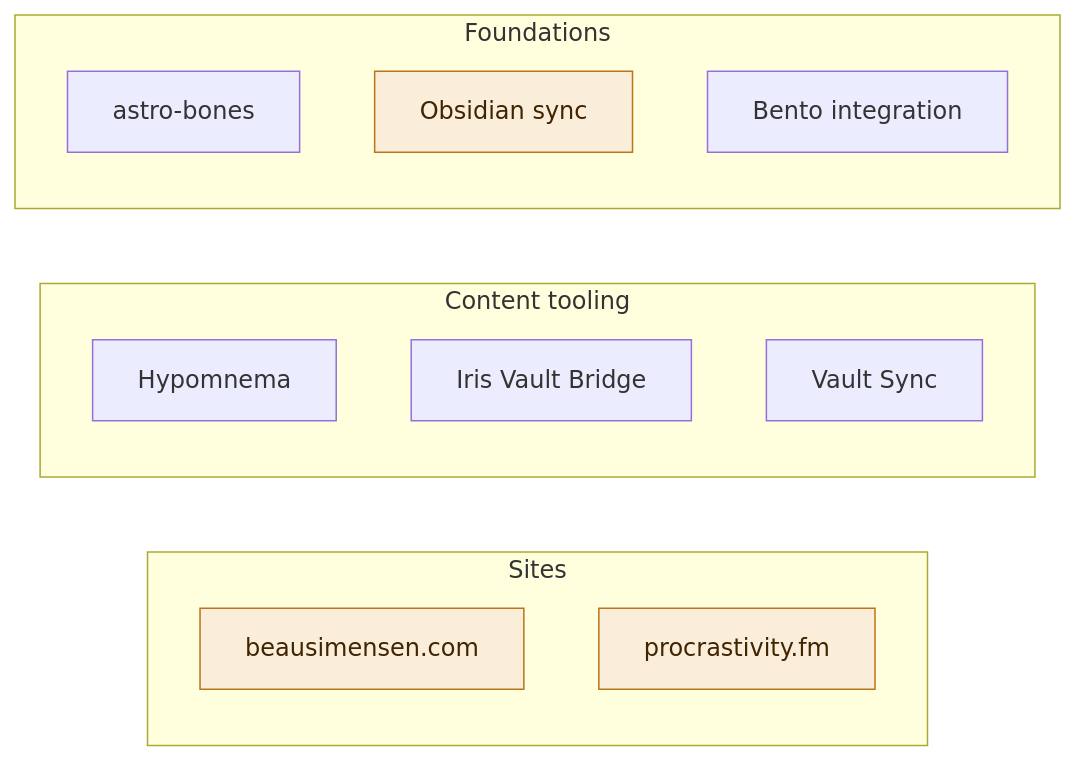
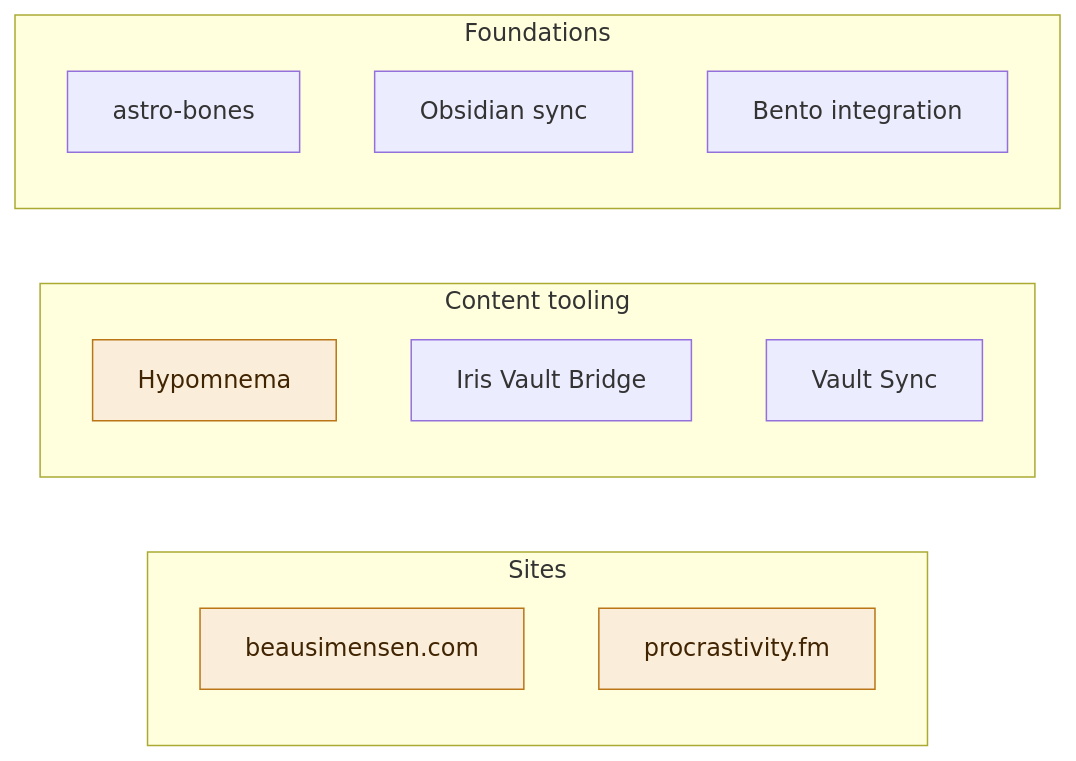
The diagram in pages/now.md (simensen/beausimensen-com-content), drawn with Mermaid before and after one commit.

Commit message:
sync 2026-05-26T15:43:44Z

````diff
--- a/pages/now.md
+++ b/pages/now.md
@@ -12,24 +12,24 @@
 ```mermaid
 flowchart LR
     subgraph Sites
         beausimensen[beausimensen.com]
         procrastivity[procrastivity.fm]
     end
 
     subgraph "Content tooling"
         hypomnema[Hypomnema]
         bridge[Iris Vault Bridge]
         vsync[Vault Sync]
     end
 
     subgraph Foundations
         bones[astro-bones]
         sync[Obsidian sync]
         bento[Bento integration]
     end
 
     classDef shipped fill:#EAF3DE,stroke:#639922,color:#173404
     classDef active fill:#FAEEDA,stroke:#BA7517,color:#412402
     class gethmn shipped
-    class beausimensen,procrastivity,sync active
+    class beausimensen,procrastivity,hypomnema active
 ```
````
